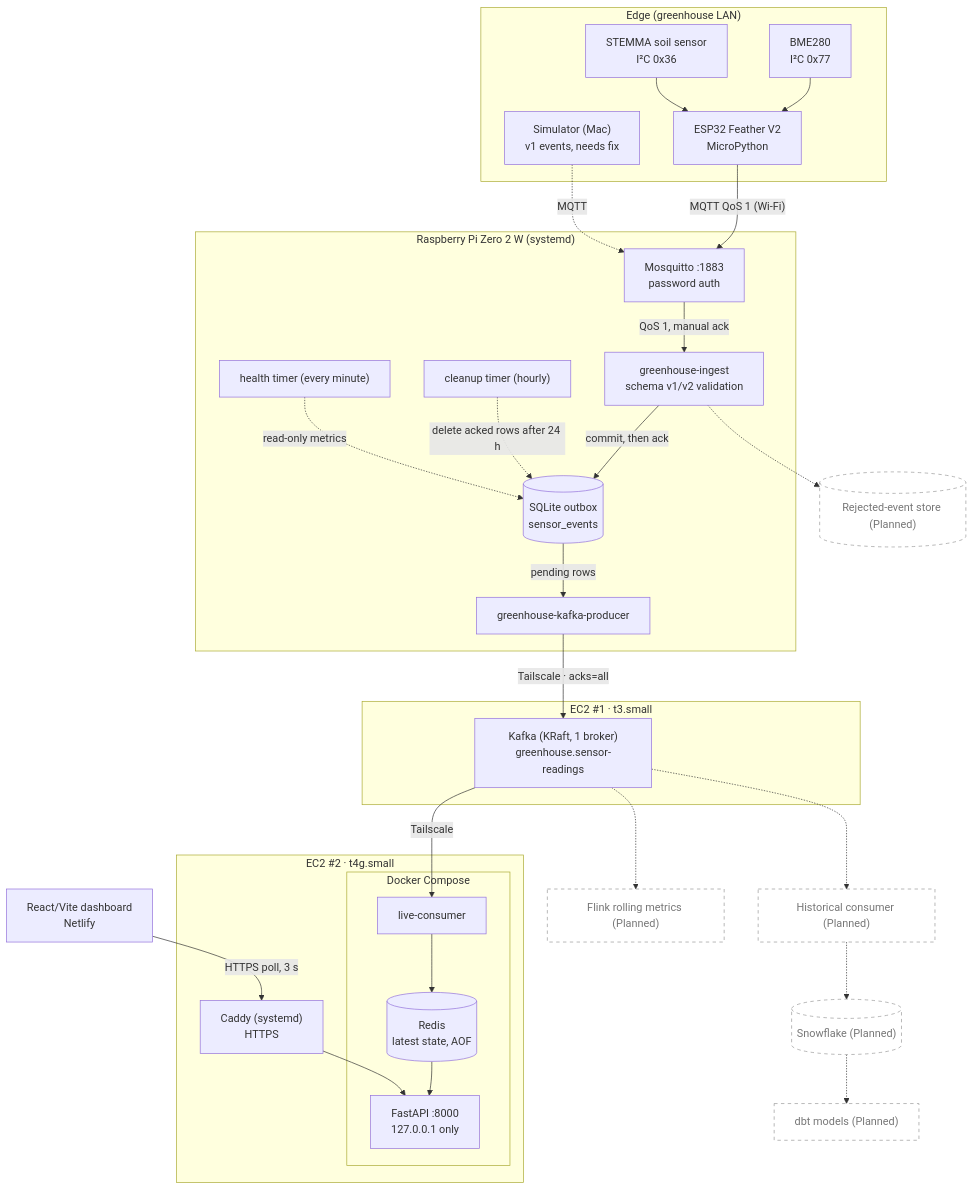
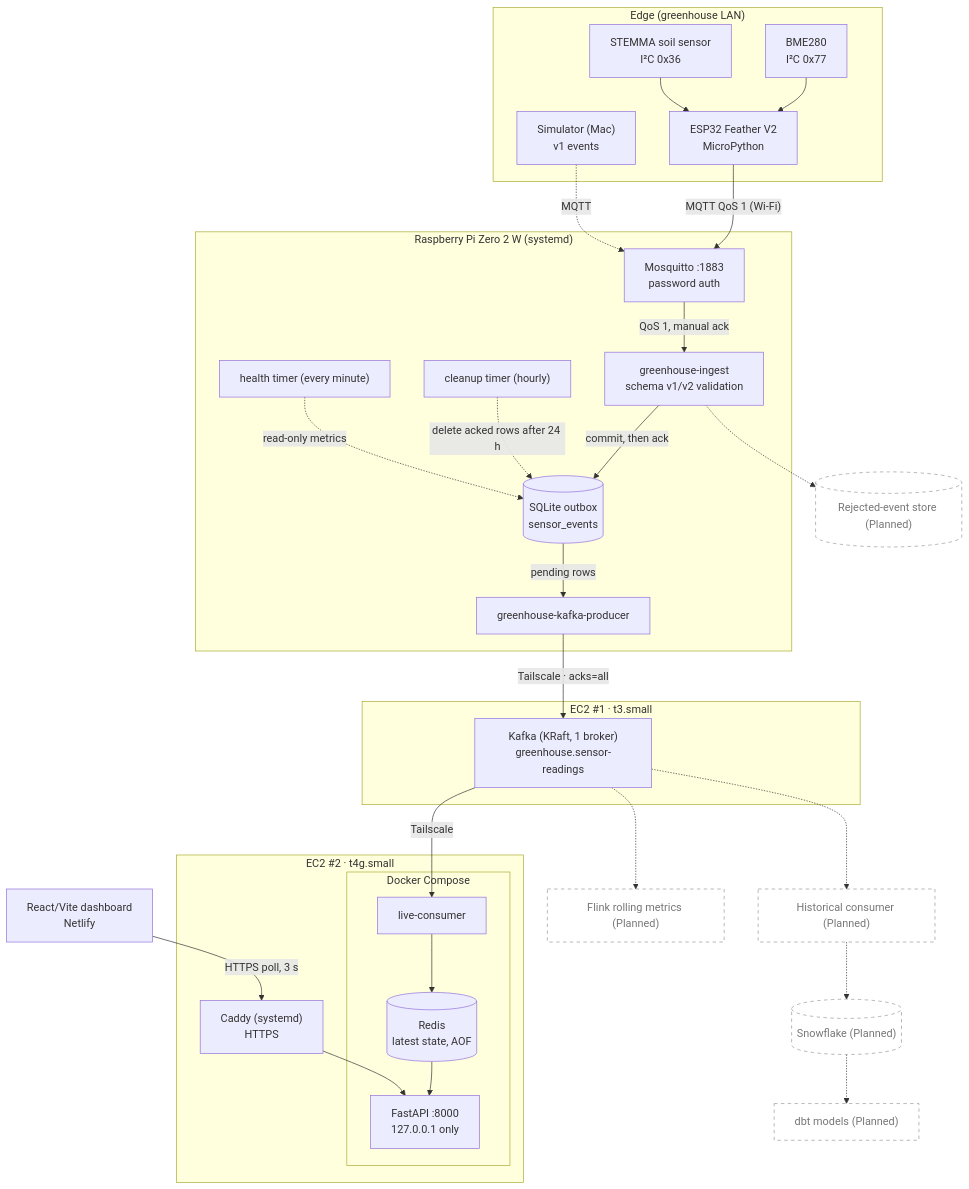
Before and after one commit to 0GregoryJ/greenhouse-iot-streaming-pipeline: the diagram in docs/architecture.md, drawn with Mermaid. The commit also changed other lines of this file and 4 other files, not shown here.

````diff
--- a/docs/architecture.md
+++ b/docs/architecture.md
@@ -9,55 +9,55 @@
 ```mermaid
 flowchart TB
   subgraph edge["Edge (greenhouse LAN)"]
     bme["BME280<br/>I²C 0x77"] --> esp["ESP32 Feather V2<br/>MicroPython"]
     soil["STEMMA soil sensor<br/>I²C 0x36"] --> esp
-    sim["Simulator (Mac)<br/>v1 events, needs fix"]
+    sim["Simulator (Mac)<br/>v1 events"]
   end
 
   subgraph pi["Raspberry Pi Zero 2 W (systemd)"]
     mqtt["Mosquitto :1883<br/>password auth"]
     ingest["greenhouse-ingest<br/>schema v1/v2 validation"]
     sqlite[("SQLite outbox<br/>sensor_events")]
     prod["greenhouse-kafka-producer"]
     clean["cleanup timer (hourly)"]
     health["health timer (every minute)"]
     mqtt -->|"QoS 1, manual ack"| ingest
     ingest -->|"commit, then ack"| sqlite
     sqlite -->|"pending rows"| prod
     clean -.->|"delete acked rows after 24 h"| sqlite
     health -.->|"read-only metrics"| sqlite
   end
 
   subgraph ec2a["EC2 #1 · t3.small"]
     kafka["Kafka (KRaft, 1 broker)<br/>greenhouse.sensor-readings"]
   end
 
   subgraph ec2b["EC2 #2 · t4g.small"]
     subgraph compose["Docker Compose"]
       consumer["live-consumer"]
       redis[("Redis<br/>latest state, AOF")]
       api["FastAPI :8000<br/>127.0.0.1 only"]
     end
     caddy["Caddy (systemd)<br/>HTTPS"]
     consumer --> redis
     redis --> api
     caddy --> api
   end
 
   dash["React/Vite dashboard<br/>Netlify"]
 
   esp -->|"MQTT QoS 1 (Wi-Fi)"| mqtt
   sim -.->|"MQTT"| mqtt
   prod -->|"Tailscale · acks=all"| kafka
   kafka -->|"Tailscale"| consumer
   dash -->|"HTTPS poll, 3 s"| caddy
 
   kafka -.-> flink["Flink rolling metrics (Planned)"]
   kafka -.-> hist["Historical consumer (Planned)"]
   hist -.-> snow[("Snowflake (Planned)")]
   snow -.-> dbt["dbt models (Planned)"]
   ingest -.-> dlq[("Rejected-event store (Planned)")]
 
   classDef planned fill:#fff,stroke:#999,stroke-dasharray:5 5,color:#777;
   class flink,hist,snow,dbt,dlq planned;
 ```
````
